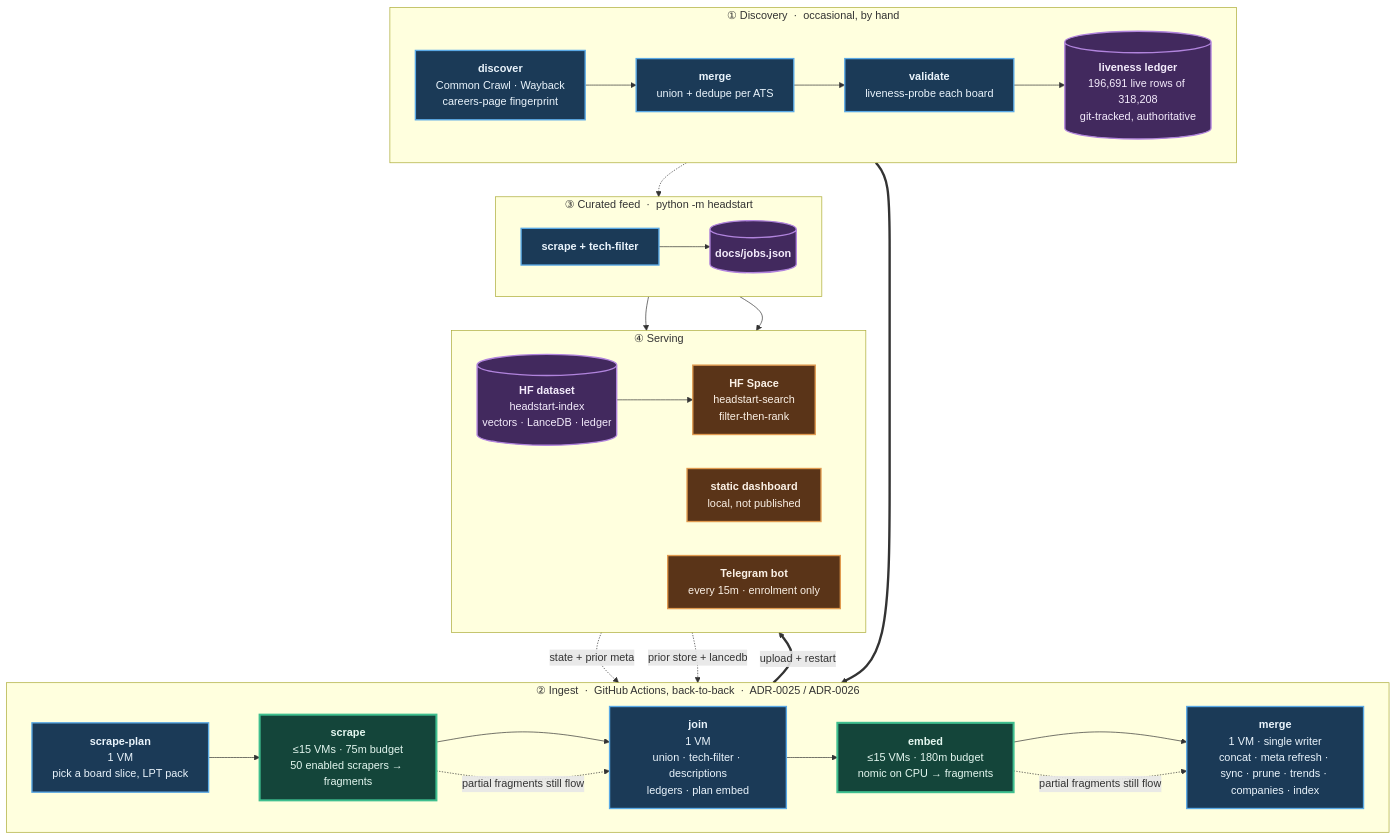
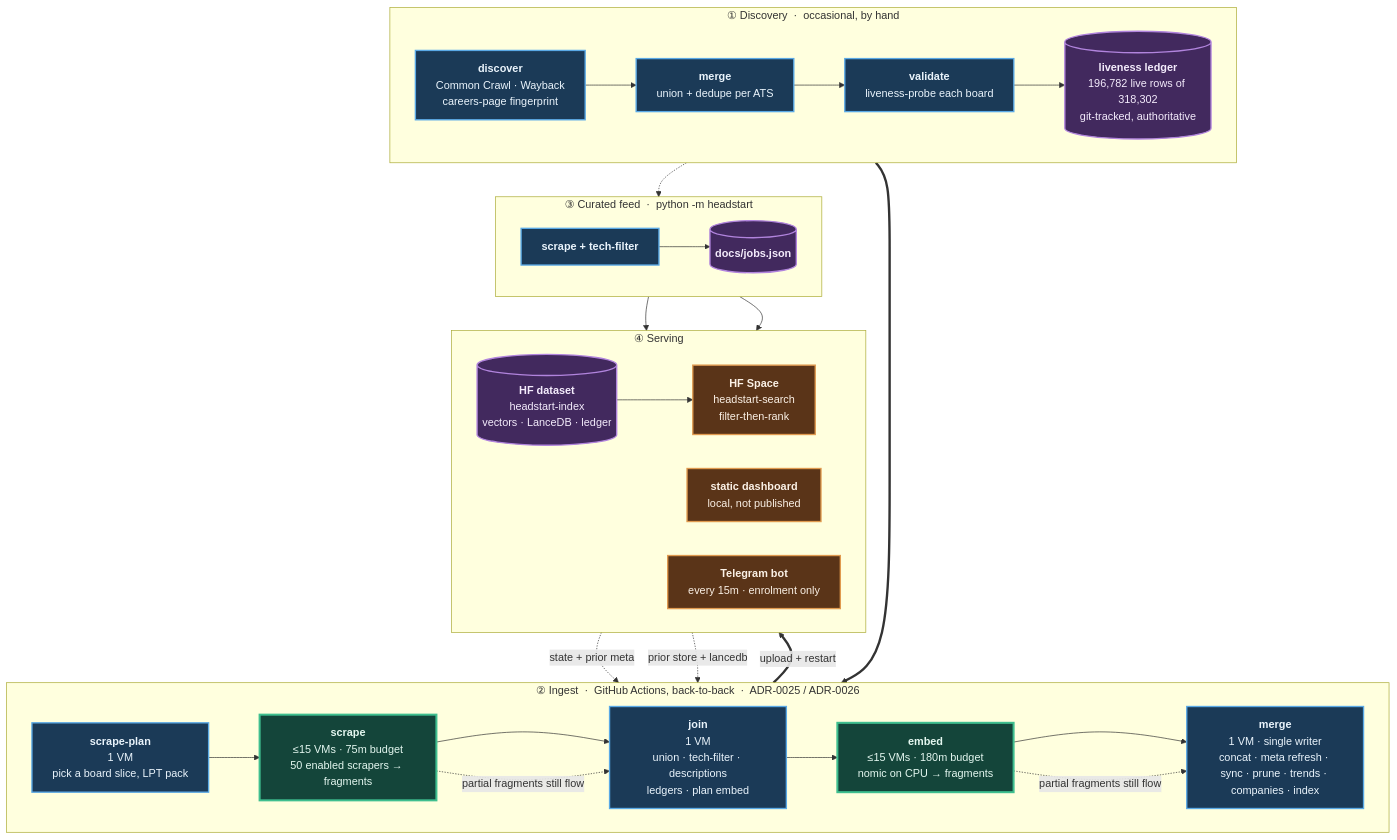
The diagram in README.md (sarthakjain004/headstart), drawn with Mermaid before and after one commit. The commit also changed other lines of this file and 1 other file, not shown here.

````diff
--- a/README.md
+++ b/README.md
@@ -185,56 +185,56 @@
 ```mermaid
 flowchart TB
     subgraph D["① Discovery &nbsp;·&nbsp; occasional, by hand"]
         direction LR
         D1["<b>discover</b><br/>Common Crawl · Wayback<br/>careers-page fingerprint"]
         D2["<b>merge</b><br/>union + dedupe per ATS"]
         D3["<b>validate</b><br/>liveness-probe each board"]
-        D4[("<b>liveness ledger</b><br/>196,691 live rows of 318,208<br/>git-tracked, authoritative")]
+        D4[("<b>liveness ledger</b><br/>196,782 live rows of 318,302<br/>git-tracked, authoritative")]
         D1 --> D2 --> D3 --> D4
     end
 
     subgraph P["② Ingest &nbsp;·&nbsp; GitHub Actions, back-to-back &nbsp;·&nbsp; ADR-0025 / ADR-0026"]
         direction LR
         P1["<b>scrape-plan</b><br/>1 VM<br/>pick a board slice, LPT pack"]
         P2["<b>scrape</b><br/>≤15 VMs · 75m budget<br/>50 enabled scrapers → fragments"]
         P3["<b>join</b><br/>1 VM<br/>union · tech-filter · descriptions<br/>ledgers · plan embed"]
         P4["<b>embed</b><br/>≤15 VMs · 180m budget<br/>nomic on CPU → fragments"]
         P5["<b>merge</b><br/>1 VM · single writer<br/>concat · meta refresh · sync · prune · trends · companies · index"]
         P1 --> P2 --> P3 --> P4 --> P5
     end
 
     subgraph F["③ Curated feed &nbsp;·&nbsp; python -m headstart"]
         direction LR
         F1["<b>scrape + tech-filter</b>"]
         F2[("<b>docs/jobs.json</b>")]
         F1 --> F2
     end
 
     subgraph S["④ Serving"]
         direction LR
         S1[("<b>HF dataset</b><br/>headstart-index<br/>vectors · LanceDB · ledger")]
         S2["<b>HF Space</b><br/>headstart-search<br/>filter-then-rank"]
         S3["<b>static dashboard</b><br/>local, not published"]
         S4["<b>Telegram bot</b><br/>every 15m · enrolment only"]
         S1 --> S2
     end
 
     D4 ==> P1
     S1 -. "state + prior meta" .-> P1
     S1 -. "prior store + lancedb" .-> P5
     D4 -.-> F1
     P5 ==>|"upload + restart"| S1
     F2 --> S3
     F2 --> S4
     P2 -. "partial fragments still flow" .-> P3
     P4 -. "partial fragments still flow" .-> P5
 
     classDef serial fill:#1b3a57,stroke:#5aa9e6,stroke-width:2px,color:#eaf4fc
     classDef fan fill:#14453a,stroke:#3fbf8f,stroke-width:3px,color:#e4f7f0
     classDef store fill:#42295e,stroke:#b184dd,stroke-width:2px,color:#f4ecfc
     classDef serve fill:#5a3418,stroke:#e09a4f,stroke-width:2px,color:#fbf1e6
     class D1,D2,D3,P1,P3,P5,F1 serial
     class P2,P4 fan
     class D4,F2,S1 store
     class S2,S3,S4 serve
 ```
````
